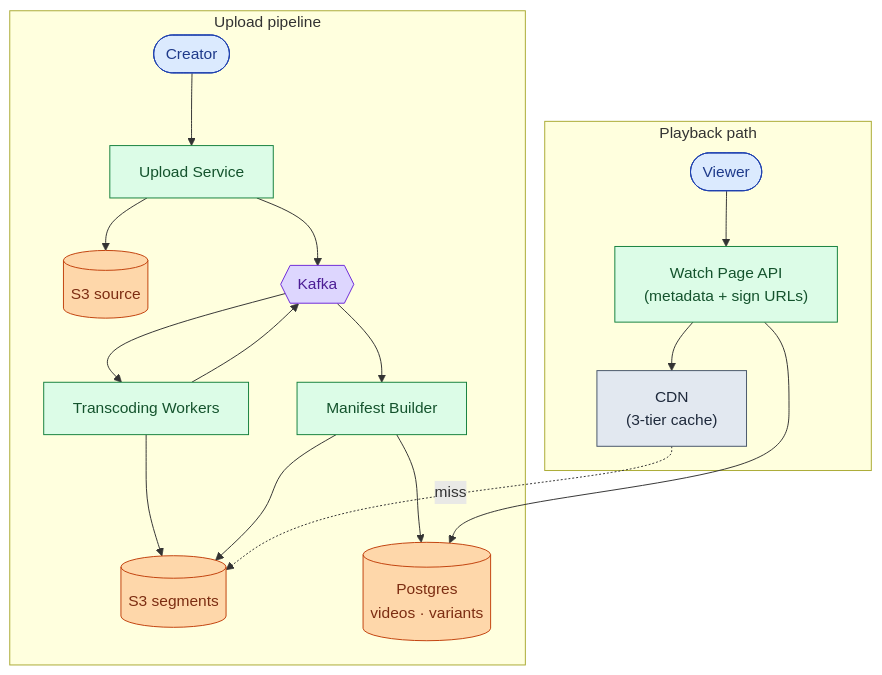
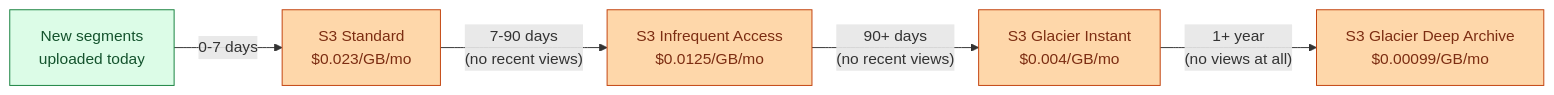
One commit to shiningflash/shiningflash.github.io changed the seventh of 16 diagrams in _practice/system-design/006-video-streaming.md. Above: the diagram before and after it, drawn with Mermaid. The commit also changed other lines of this file and 18 other files, not shown here.

````diff
--- a/_practice/system-design/006-video-streaming.md
+++ b/_practice/system-design/006-video-streaming.md
@@ -260,27 +330,10 @@
 ```mermaid
-flowchart TB
-    subgraph Upload["Upload pipeline"]
-        C([Creator]):::user --> U["Upload Service"]:::app
-        U --> S3src[("S3 source")]:::db
-        U --> K{{"Kafka"}}:::queue
-        K --> TW["Transcoding Workers"]:::app
-        TW --> S3out[("S3 segments")]:::db
-        TW --> K
-        K --> MB["Manifest Builder"]:::app
-        MB --> S3out
-        MB --> DB[("Postgres<br/>videos · variants")]:::db
-    end
+flowchart LR
+    New["New segments<br/>uploaded today"]:::app -->|"0-7 days"| Hot["S3 Standard<br/>$0.023/GB/mo"]:::db
+    Hot -->|"7-90 days<br/>(no recent views)"| Warm["S3 Infrequent Access<br/>$0.0125/GB/mo"]:::db
+    Warm -->|"90+ days<br/>(no recent views)"| Cold["S3 Glacier Instant<br/>$0.004/GB/mo"]:::db
+    Cold -->|"1+ year<br/>(no views at all)"| Archive["S3 Glacier Deep Archive<br/>$0.00099/GB/mo"]:::db
 
-    subgraph Playback["Playback path"]
-        V([Viewer]):::user --> WA["Watch Page API<br/>(metadata + sign URLs)"]:::app
-        WA --> DB
-        WA --> CDN["CDN<br/>(3-tier cache)"]:::edge
-        CDN -.miss.-> S3out
-    end
-
-    classDef user  fill:#dbeafe,stroke:#1e40af,color:#1e3a8a
-    classDef edge  fill:#e2e8f0,stroke:#475569,color:#1e293b
     classDef app   fill:#dcfce7,stroke:#15803d,color:#14532d
     classDef db    fill:#fed7aa,stroke:#c2410c,color:#7c2d12
-    classDef queue fill:#ddd6fe,stroke:#6d28d9,color:#4c1d95
 ```
````
